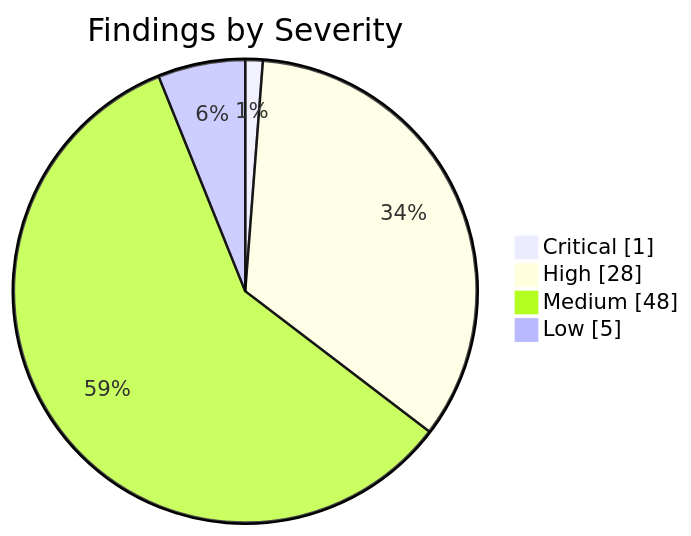
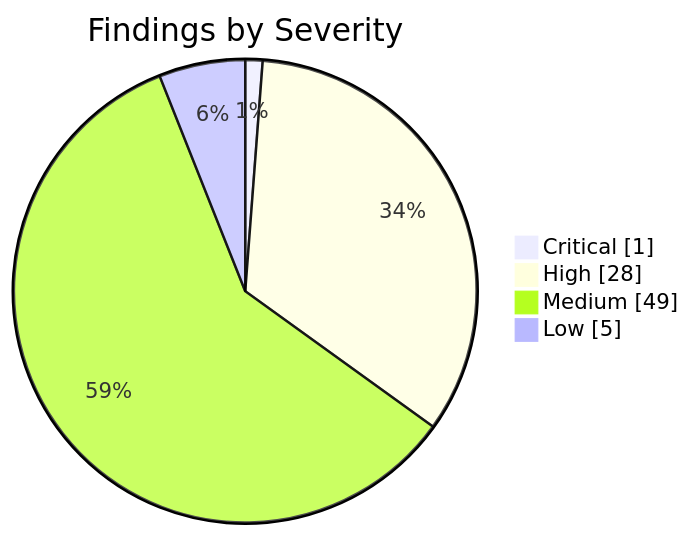
Before and after one commit to KBVE/kbve: the first of 2 diagrams in apps/kbve/astro-kbve/src/content/docs/dashboard/security.mdx, drawn with Mermaid. The commit also changed other lines of this file and 8 other files, not shown here.

````diff
--- a/apps/kbve/astro-kbve/src/content/docs/dashboard/security.mdx
+++ b/apps/kbve/astro-kbve/src/content/docs/dashboard/security.mdx
@@ -62,8 +62,8 @@
 ```mermaid
 pie showData
     title Findings by Severity
     "Critical" : 1
     "High" : 28
-    "Medium" : 48
+    "Medium" : 49
     "Low" : 5
 ```
````
